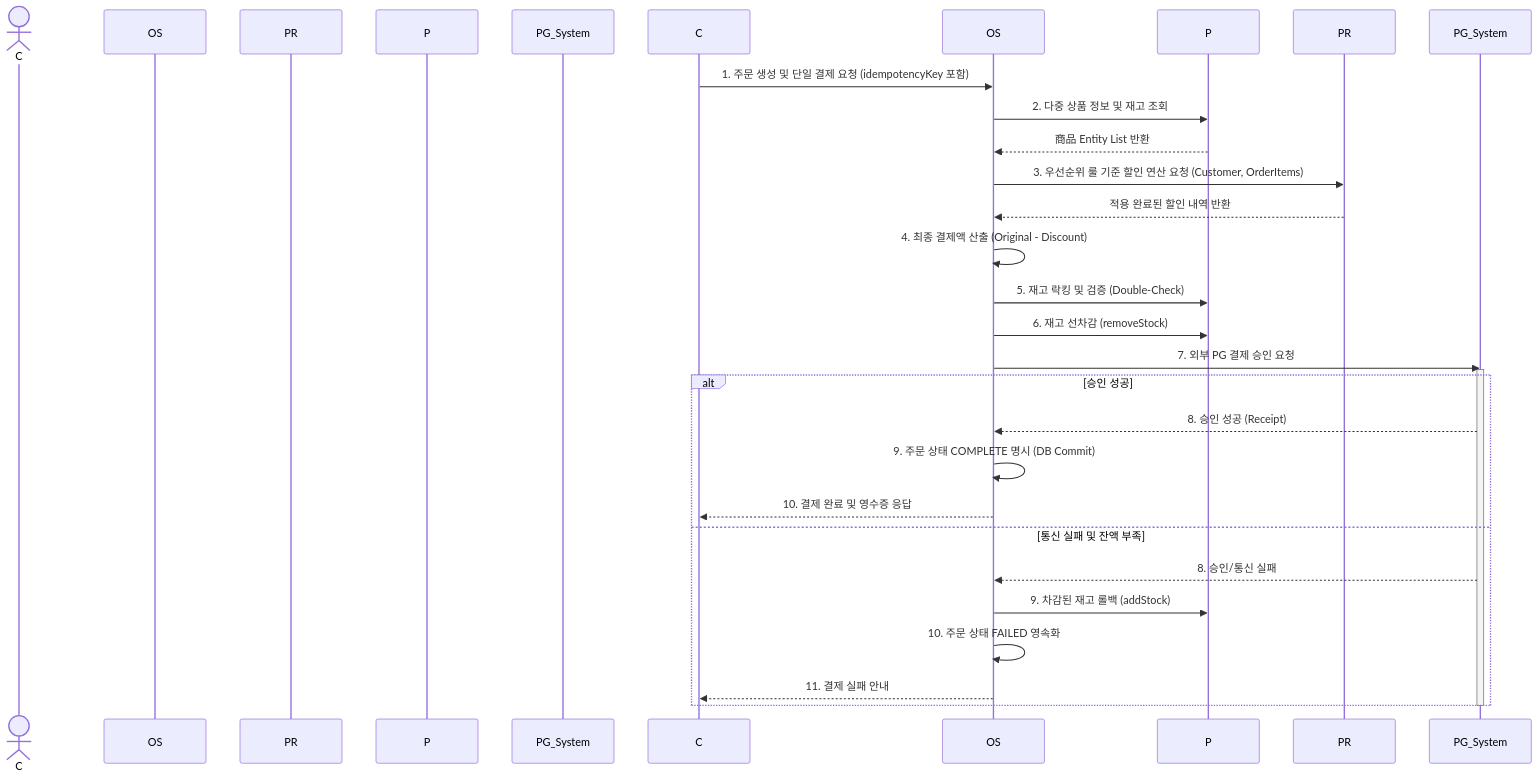
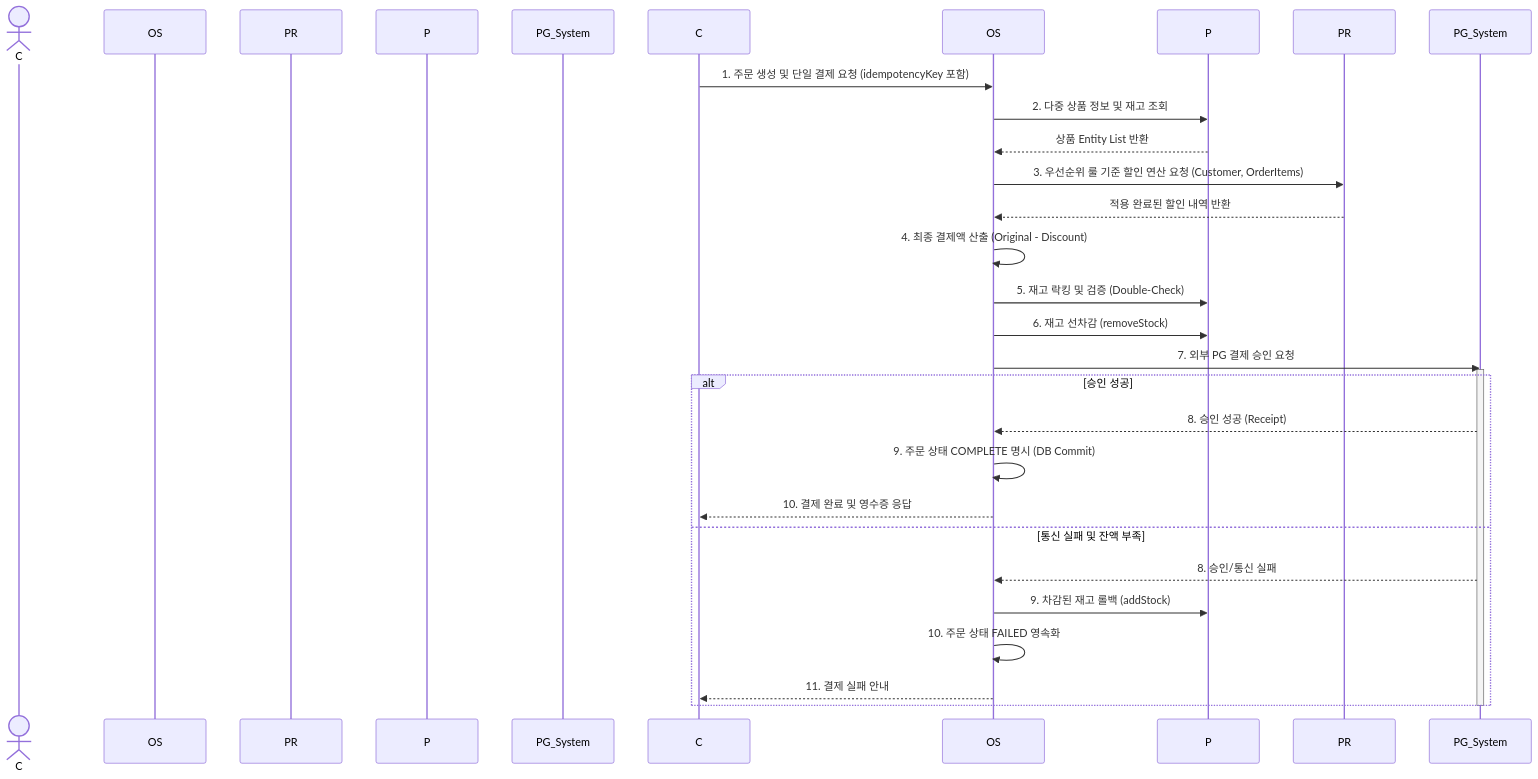
One commit to dlwlssud123/OSS_shopping changed the third of 3 diagrams in Analysis_22212025_이진녕.md. Above: the diagram before and after it, drawn with Mermaid.

Commit message:
수정

````diff
--- a/Analysis_22212025_이진녕.md
+++ b/Analysis_22212025_이진녕.md
@@ -227,30 +227,30 @@
 ```mermaid
 sequenceDiagram
     actor Customer as C
     participant OrderService as OS
     participant PolicyResolver as PR
     participant Product as P
     participant PG as PG_System
 
     C->>OS: 1. 주문 생성 및 단일 결제 요청 (idempotencyKey 포함)
     OS->>P: 2. 다중 상품 정보 및 재고 조회
-    P-->>OS: 商品 Entity List 반환
+    P-->>OS: 상품 Entity List 반환
     OS->>PR: 3. 우선순위 룰 기준 할인 연산 요청 (Customer, OrderItems)
     PR-->>OS: 적용 완료된 할인 내역 반환
     OS->>OS: 4. 최종 결제액 산출 (Original - Discount)
     OS->>P: 5. 재고 락킹 및 검증 (Double-Check)
     OS->>P: 6. 재고 선차감 (removeStock)
     OS->>PG_System: 7. 외부 PG 결제 승인 요청
     activate PG_System
     alt 승인 성공
         PG_System-->>OS: 8. 승인 성공 (Receipt)
         OS->>OS: 9. 주문 상태 COMPLETE 명시 (DB Commit)
         OS-->>C: 10. 결제 완료 및 영수증 응답
     else 통신 실패 및 잔액 부족
         PG_System-->>OS: 8. 승인/통신 실패
         OS->>P: 9. 차감된 재고 롤백 (addStock)
         OS->>OS: 10. 주문 상태 FAILED 영속화
         OS-->>C: 11. 결제 실패 안내
     end
     deactivate PG_System
 ```
````
